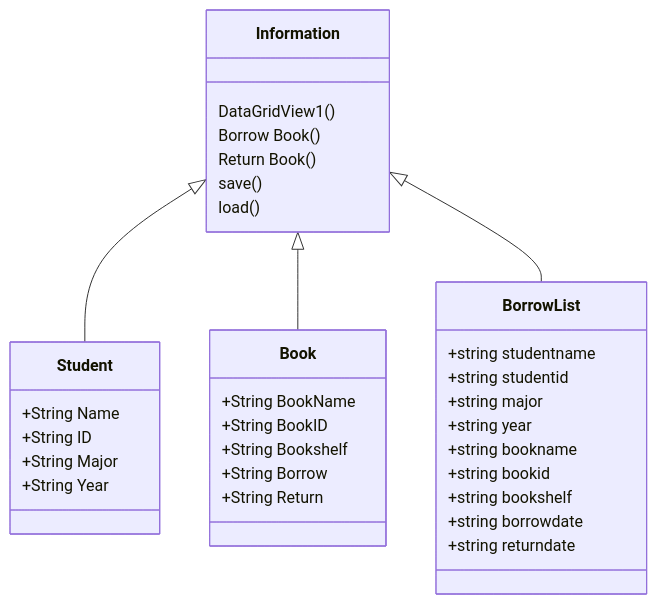
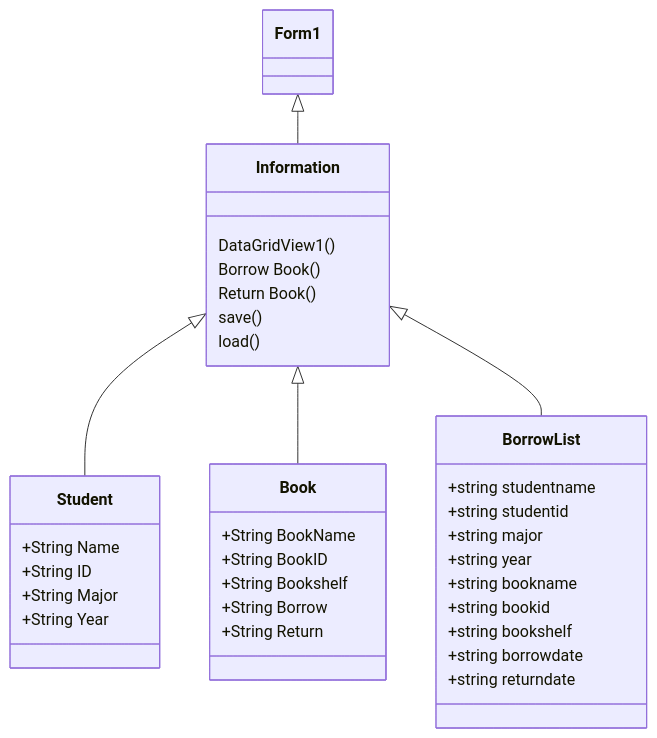
Before and after one commit to bbxxaxxm/Finalnatnicha: the diagram in README.md, drawn with Mermaid.

````diff
--- a/README.md
+++ b/README.md
@@ -9,35 +9,36 @@
 ```mermaid
 classDiagram
+    Form1 <|-- Information
     Information <|-- Student
     Information <|-- Book
     Information <|-- BorrowList
     Information : DataGridView1()
     Information : Borrow Book()
     Information: Return Book()
     Information: save()
     Information: load()
     class Student{
         +String Name
         +String ID
         +String Major
         +String Year
     }
     class Book{
         +String BookName
         +String BookID
         +String Bookshelf
         +String Borrow
         +String Return
     }
     class BorrowList{
         +string studentname
         +string studentid
         +string major
         +string year
         +string bookname
         +string bookid
         +string bookshelf
         +string borrowdate
         +string returndate
     }
 ```
````
